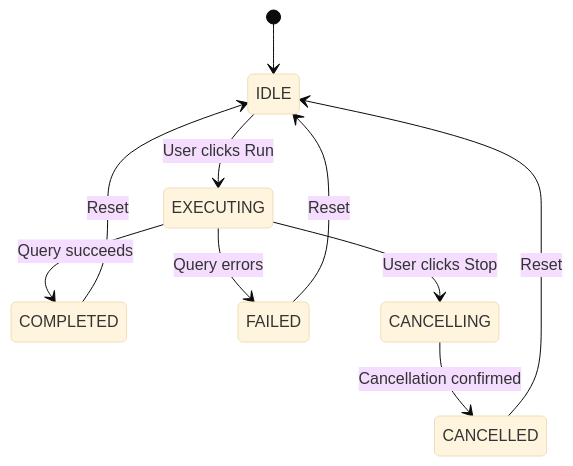
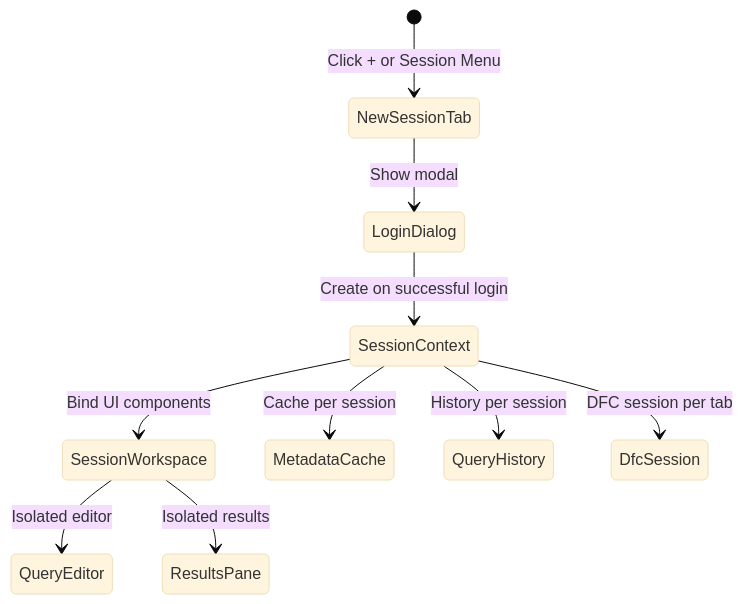
The second of 2 diagrams in New Session ToolBar menu flow.md (Asfaque755004/test), drawn with Mermaid (base theme) before and after one commit. The commit also changed other lines of this file, not shown here.

Commit message:
UI Architecture Analysis_multisession_v2.md

````diff
--- a/New Session ToolBar menu flow.md
+++ b/New Session ToolBar menu flow.md
@@ -60,12 +261,12 @@
 ```mermaid
 stateDiagram-v2
-    [*] --> IDLE
-    IDLE --> EXECUTING : User clicks Run
-    EXECUTING --> COMPLETED : Query succeeds
-    EXECUTING --> FAILED : Query errors
-    EXECUTING --> CANCELLING : User clicks Stop
-    CANCELLING --> CANCELLED : Cancellation confirmed
-    COMPLETED --> IDLE : Reset
-    FAILED --> IDLE : Reset
-    CANCELLED --> IDLE : Reset
+    [*] --> NewSessionTab: Click + or Session Menu
+    NewSessionTab --> LoginDialog: Show modal
+    LoginDialog --> SessionContext: Create on successful login
+    SessionContext --> SessionWorkspace: Bind UI components
+    SessionWorkspace --> QueryEditor: Isolated editor
+    SessionWorkspace --> ResultsPane: Isolated results
+    SessionContext --> MetadataCache: Cache per session
+    SessionContext --> QueryHistory: History per session
+    SessionContext --> DfcSession: DFC session per tab
 ```
````
